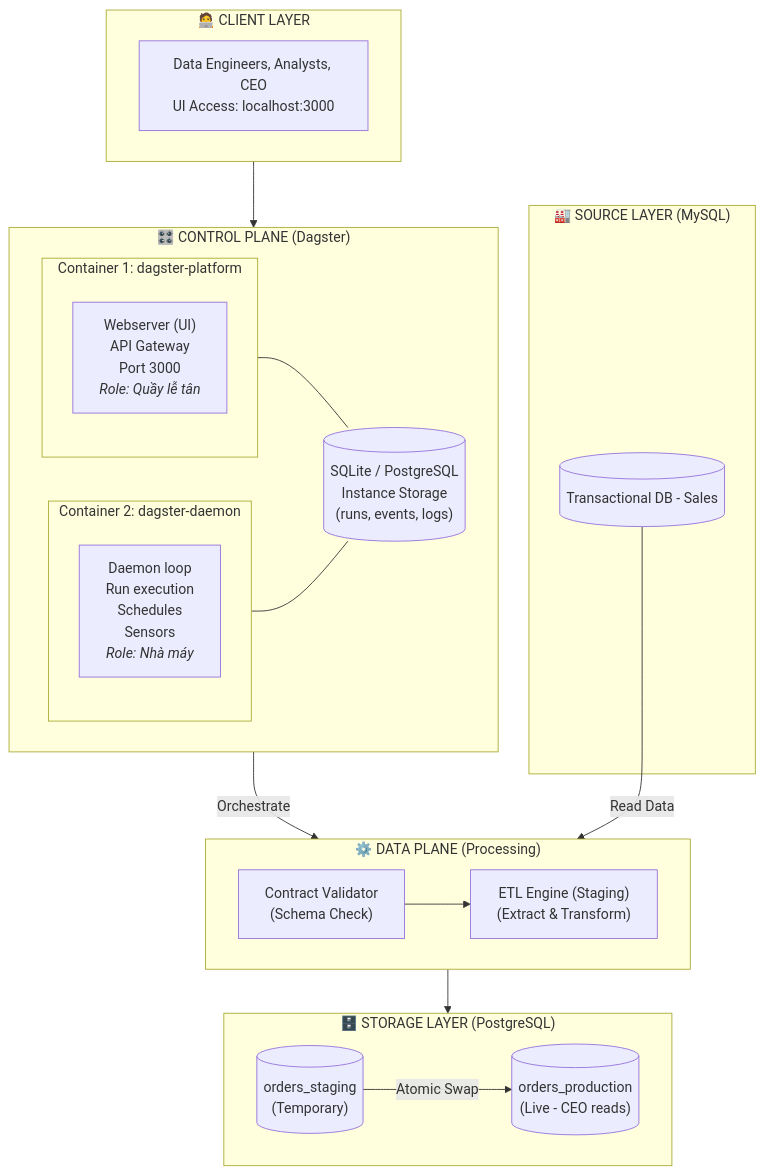
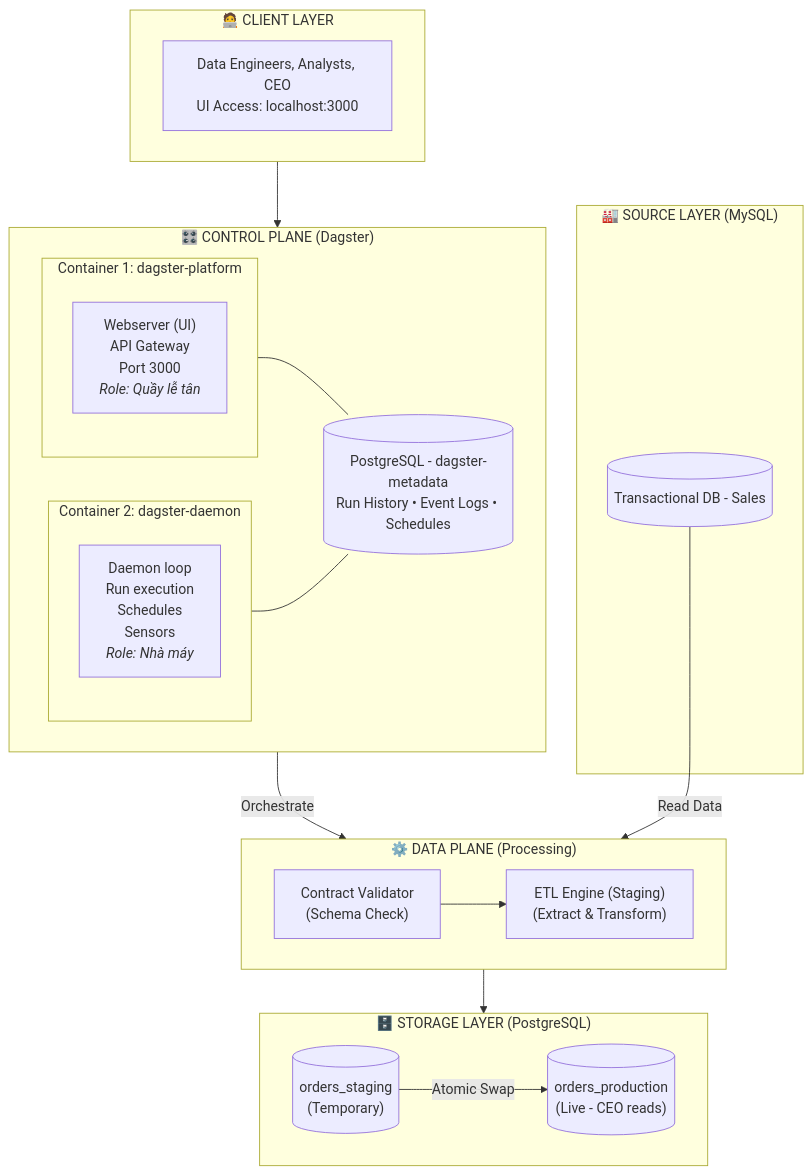
Before and after one commit to Mark-Zagob/dataops-sample-project: the diagram in on-premises/ARCHITECTURE.md, drawn with Mermaid. The commit also changed other lines of this file and 4 other files, not shown here.

````diff
--- a/on-premises/ARCHITECTURE.md
+++ b/on-premises/ARCHITECTURE.md
@@ -48,42 +48,42 @@
 ```mermaid
 flowchart TB
     subgraph CLIENT["🧑‍💻 CLIENT LAYER"]
         C["Data Engineers, Analysts, CEO<br/>UI Access: localhost:3000"]
     end
 
     subgraph CONTROL["🎛️ CONTROL PLANE (Dagster)"]
         direction LR
         subgraph WEB["Container 1: dagster-platform"]
             W1["Webserver (UI)<br/>API Gateway<br/>Port 3000<br/><i>Role: Quầy lễ tân</i>"]
         end
         subgraph DAEMON["Container 2: dagster-daemon"]
             D1["Daemon loop<br/>Run execution<br/>Schedules<br/>Sensors<br/><i>Role: Nhà máy</i>"]
         end
-        STORE[("SQLite / PostgreSQL<br/>Instance Storage<br/>(runs, events, logs)")]
+        STORE[("PostgreSQL - dagster-metadata<br/>Run History • Event Logs • Schedules")]
         WEB --- STORE
         DAEMON --- STORE
     end
 
     subgraph DATAPLANE["⚙️ DATA PLANE (Processing)"]
         direction LR
         VALIDATOR["Contract Validator<br/>(Schema Check)"]
         ETL["ETL Engine (Staging)<br/>(Extract & Transform)"]
         VALIDATOR --> ETL
     end
 
     subgraph STORAGE["🗄️ STORAGE LAYER (PostgreSQL)"]
         direction LR
         STAGING[("orders_staging<br/>(Temporary)")]
         PROD[("orders_production<br/>(Live - CEO reads)")]
         STAGING -- "Atomic Swap" --> PROD
     end
 
     subgraph SOURCE["🏭 SOURCE LAYER (MySQL)"]
         MYSQL[("Transactional DB - Sales")]
     end
 
     CLIENT --> CONTROL
     CONTROL -- "Orchestrate" --> DATAPLANE
     DATAPLANE --> STORAGE
     MYSQL -- "Read Data" --> DATAPLANE
 ```
````
